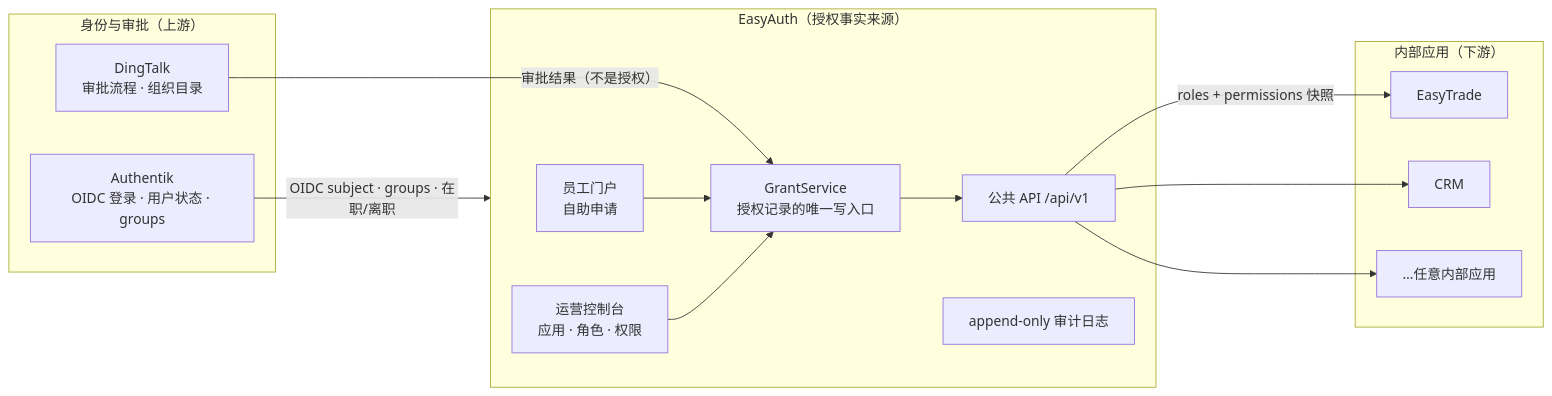
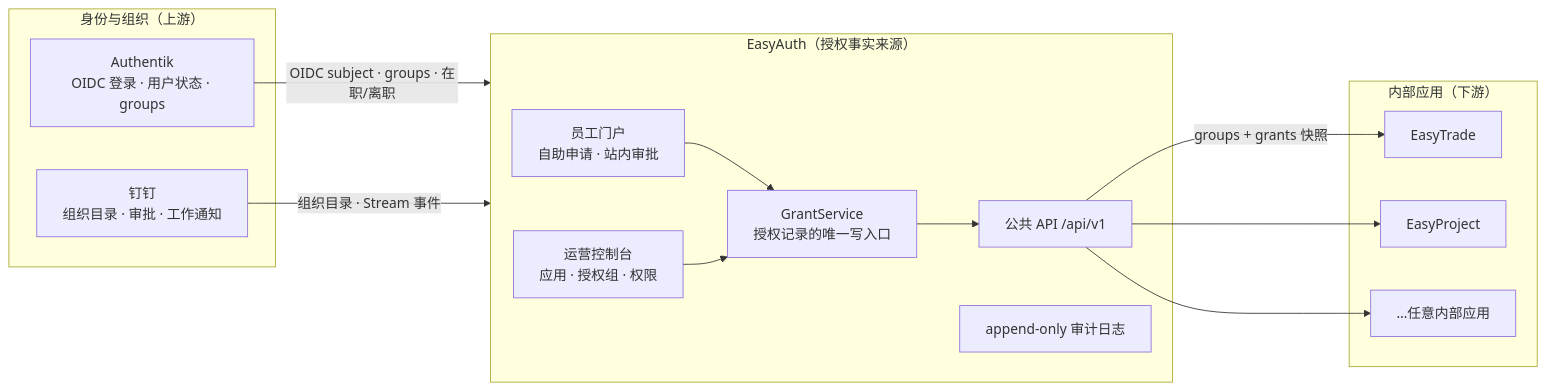
The diagram in README.md (12dora/EasyAuth), drawn with Mermaid before and after one commit. The commit also changed other lines of this file and 65 other files, not shown here.

````diff
--- a/README.md
+++ b/README.md
@@ -75,30 +75,30 @@
 ```mermaid
 flowchart LR
-  subgraph Upstream["身份与审批（上游）"]
+  subgraph Upstream["身份与组织（上游）"]
     AK["Authentik<br/>OIDC 登录 · 用户状态 · groups"]
-    DT["DingTalk<br/>审批流程 · 组织目录"]
+    DT["钉钉<br/>组织目录 · 审批 · 工作通知"]
   end
 
   subgraph EA["EasyAuth（授权事实来源）"]
-    Portal["员工门户<br/>自助申请"]
-    Console["运营控制台<br/>应用 · 角色 · 权限"]
+    Portal["员工门户<br/>自助申请 · 站内审批"]
+    Console["运营控制台<br/>应用 · 授权组 · 权限"]
     Grant["GrantService<br/>授权记录的唯一写入口"]
     API["公共 API /api/v1"]
     Audit["append-only 审计日志"]
   end
 
   subgraph Down["内部应用（下游）"]
     App1["EasyTrade"]
-    App2["CRM"]
+    App2["EasyProject"]
     AppN["…任意内部应用"]
   end
 
   AK -- "OIDC subject · groups · 在职/离职" --> EA
-  DT -- "审批结果（不是授权）" --> Grant
+  DT -- "组织目录 · Stream 事件" --> EA
   Portal --> Grant
   Console --> Grant
   Grant --> API
-  API -- "roles + permissions 快照" --> App1
+  API -- "groups + grants 快照" --> App1
   API --> App2
   API --> AppN
 ```
````
